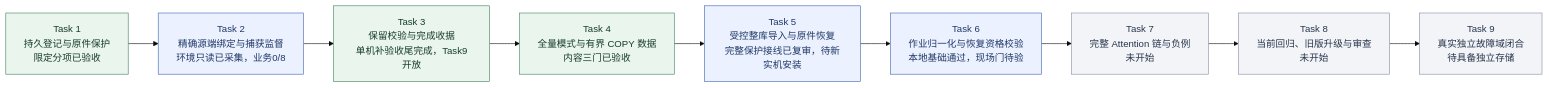
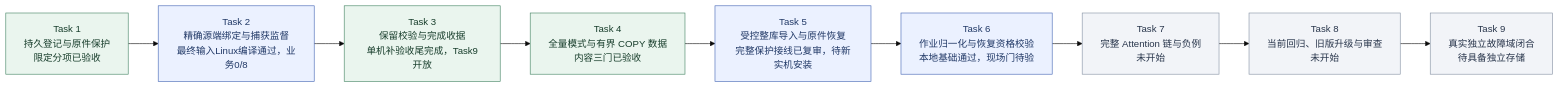
The second of 9 diagrams in docs/KnowWeave实施路线与系统架构.md (MansurnamedZhang/learning-system-p0c4), drawn with Mermaid (base theme) before and after one commit. The commit also changed other lines of this file and 3 other files, not shown here.

````diff
--- a/docs/KnowWeave实施路线与系统架构.md
+++ b/docs/KnowWeave实施路线与系统架构.md
@@ -72,26 +72,26 @@
 ```mermaid
 flowchart LR
     C4T1["Task 1<br/>持久登记与原件保护<br/>限定分项已验收"]
-    C4T2["Task 2<br/>精确源端绑定与捕获监督<br/>环境只读已采集，业务0/8"]
+    C4T2["Task 2<br/>精确源端绑定与捕获监督<br/>最终输入Linux编译通过，业务0/8"]
     C4T3["Task 3<br/>保留校验与完成收据<br/>单机补验收尾完成，Task9开放"]
     C4T4["Task 4<br/>全量模式与有界 COPY 数据<br/>内容三门已验收"]
     C4T5["Task 5<br/>受控整库导入与原件恢复<br/>完整保护接线已复审，待新实机安装"]
     C4T6["Task 6<br/>作业归一化与恢复资格校验<br/>本地基础通过，现场门待验"]
     C4T7["Task 7<br/>完整 Attention 链与负例<br/>未开始"]
     C4T8["Task 8<br/>当前回归、旧版升级与审查<br/>未开始"]
     C4T9["Task 9<br/>真实独立故障域闭合<br/>待具备独立存储"]
     C4T1 --> C4T2
     C4T2 --> C4T3
     C4T3 --> C4T4
     C4T4 --> C4T5
     C4T5 --> C4T6
     C4T6 --> C4T7
     C4T7 --> C4T8
     C4T8 --> C4T9
     class C4T1,C4T3,C4T4 done
     class C4T2,C4T5,C4T6 next
     class C4T7,C4T8,C4T9 planned
     classDef done fill:#eaf5ee,stroke:#438363,color:#173d2b
     classDef next fill:#ebf1ff,stroke:#4365b4,color:#203866
     classDef planned fill:#f2f4f8,stroke:#8591a3,color:#28354b
 ```
````
